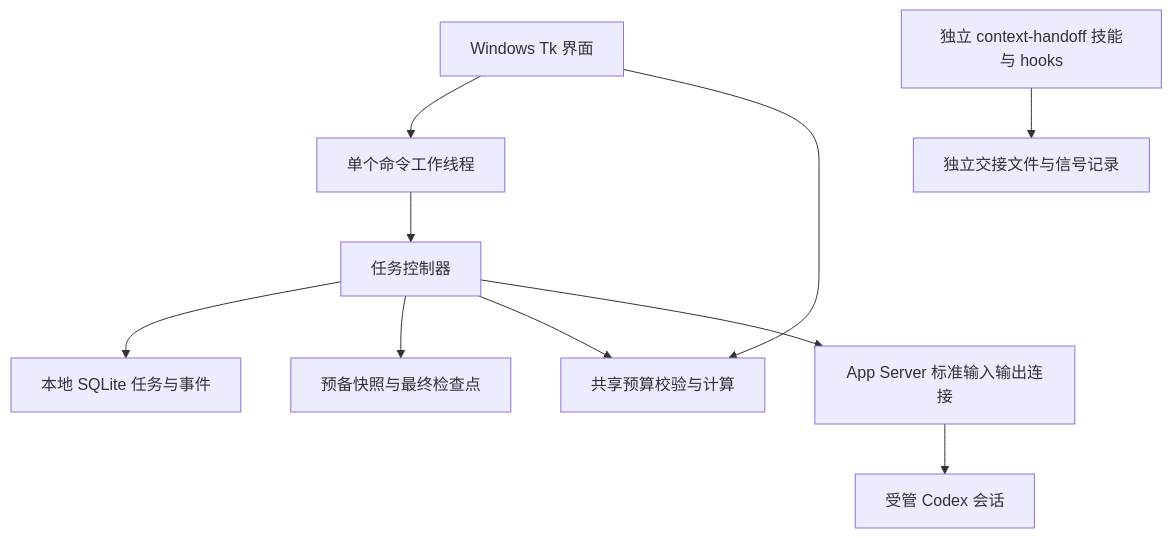
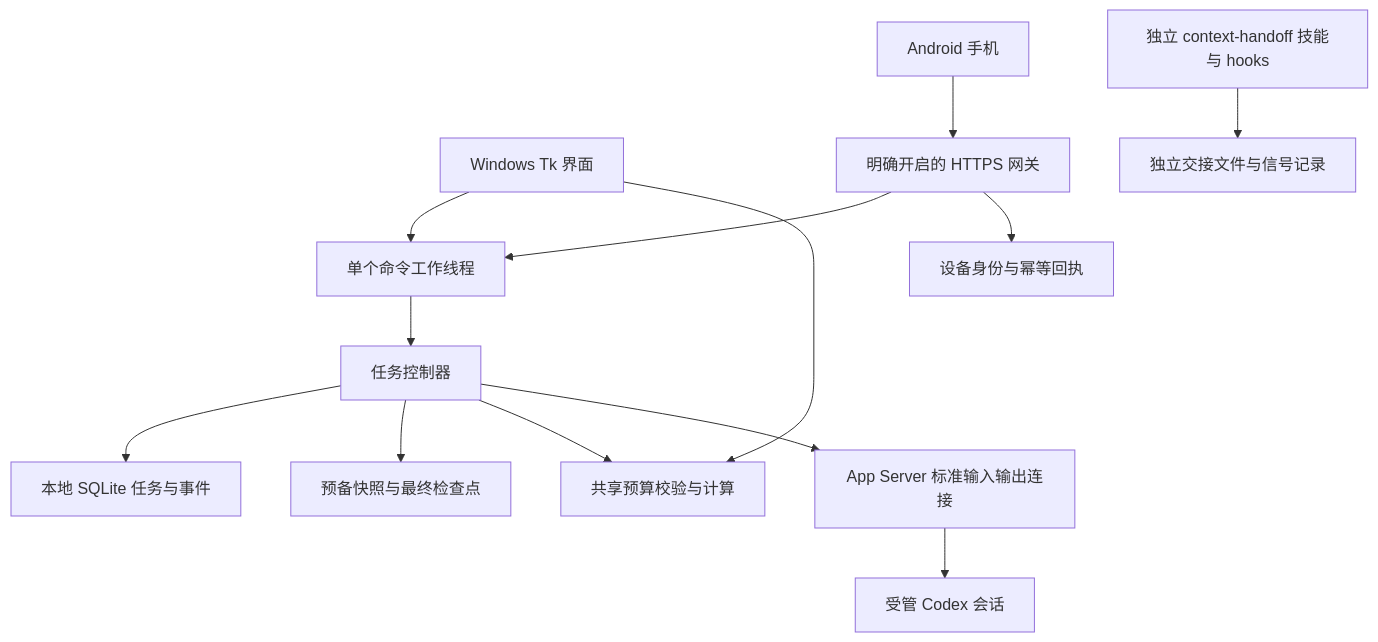
One commit to Jsany0619/context-relay changed the diagram in docs/architecture.md. Above: the diagram before and after it, drawn with Mermaid. The commit also changed other lines of this file and 26 other files, not shown here.

Commit message:
Add pinned HTTPS phone control and native Android companion

````diff
--- a/docs/architecture.md
+++ b/docs/architecture.md
@@ -7,12 +7,15 @@
 ```mermaid
 flowchart TD
     UI[Windows Tk 界面] --> Worker[单个命令工作线程]
+    Phone[Android 手机] --> Gateway[明确开启的 HTTPS 网关]
+    Gateway --> Worker
+    Gateway --> Receipts[设备身份与幂等回执]
     Worker --> Manager[任务控制器]
     Manager --> Ledger[本地 SQLite 任务与事件]
     Manager --> Packets[预备快照与最终检查点]
     Manager --> Budget[共享预算校验与计算]
     UI --> Budget
     Manager --> Transport[App Server 标准输入输出连接]
     Transport --> Codex[受管 Codex 会话]
     Skill[独立 context-handoff 技能与 hooks] --> SkillState[独立交接文件与信号记录]
 ```
````
